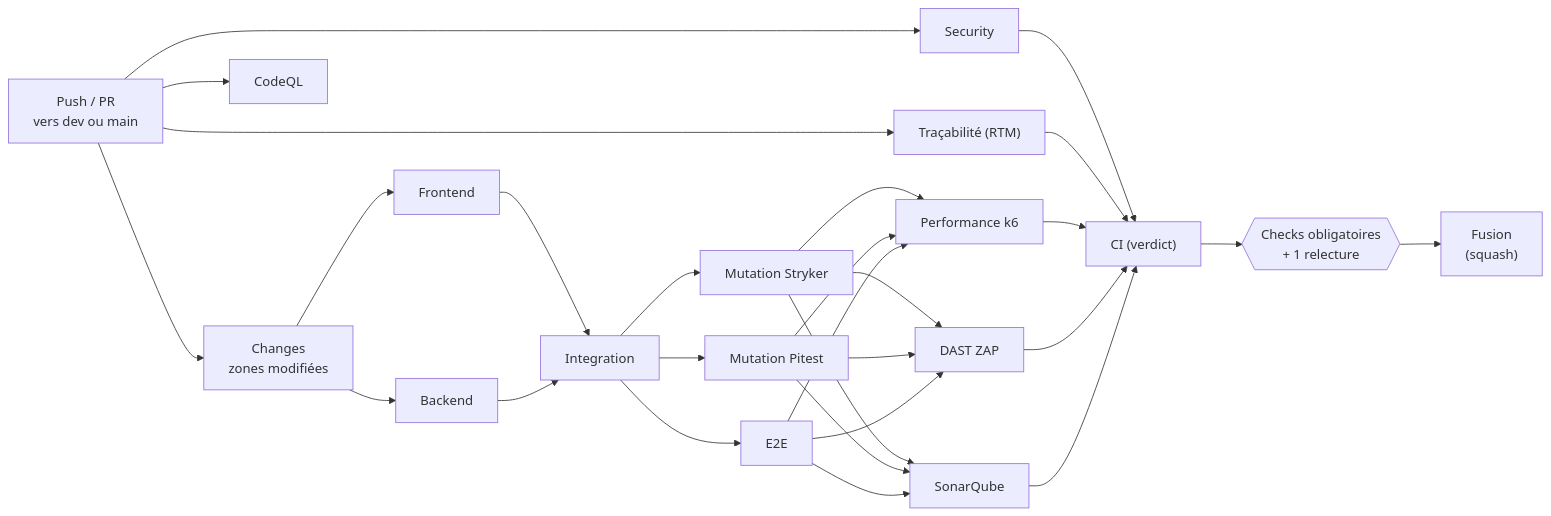
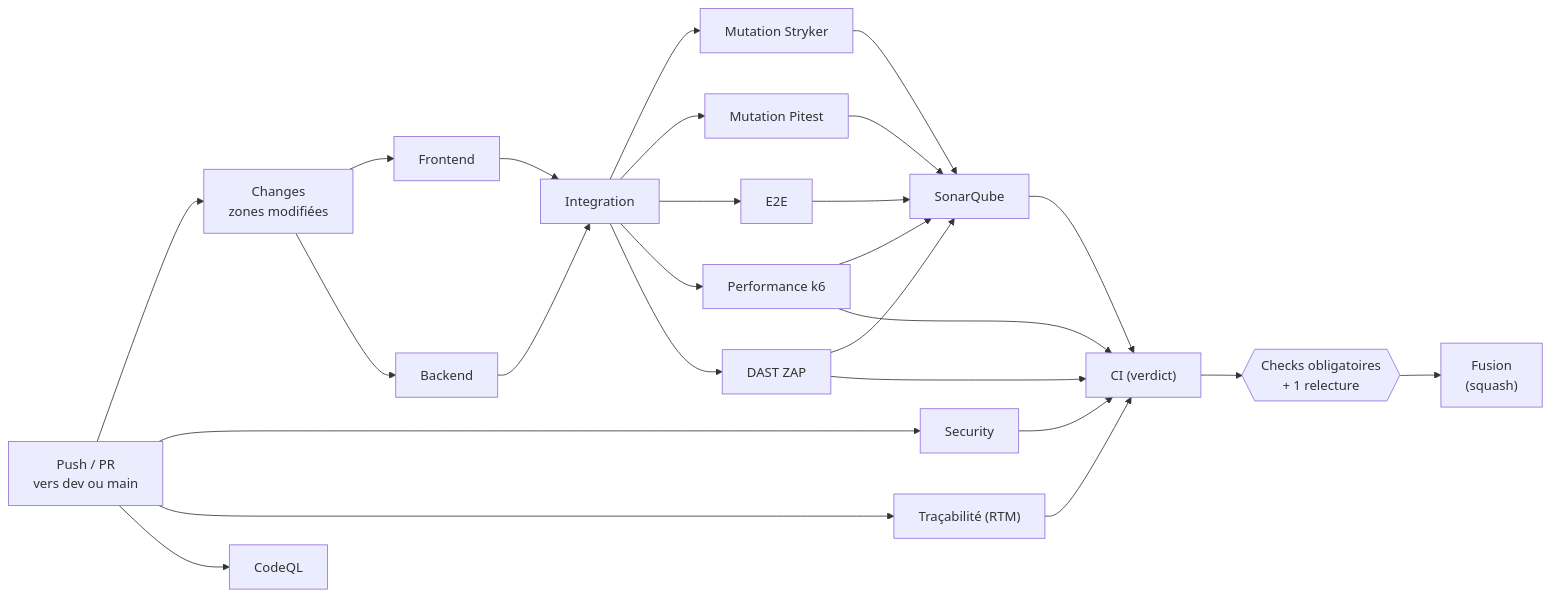
The diagram in docs/ci.md (Antoine-Ferron/tiki-gaming), drawn with Mermaid before and after one commit. The commit also changed other lines of this file and 431 other files, not shown here.

````diff
--- a/docs/ci.md
+++ b/docs/ci.md
@@ -11,19 +11,19 @@
 ```mermaid
 flowchart LR
     PUSH["Push / PR<br/>vers dev ou main"] --> CH["Changes<br/>zones modifiées"]
     PUSH --> SEC["Security"]
     PUSH --> RTM["Traçabilité (RTM)"]
     PUSH --> CQ["CodeQL"]
     CH --> FE["Frontend"]
     CH --> BE["Backend"]
     FE & BE --> IT["Integration"]
     IT --> MF["Mutation Stryker"]
     IT --> MB["Mutation Pitest"]
     IT --> E2E["E2E"]
-    MF & MB & E2E --> PERF["Performance k6"]
-    MF & MB & E2E --> DAST["DAST ZAP"]
-    MF & MB & E2E --> SQ["SonarQube"]
+    IT --> PERF["Performance k6"]
+    IT --> DAST["DAST ZAP"]
+    MF & MB & E2E & PERF & DAST --> SQ["SonarQube"]
     SEC & RTM & PERF & DAST & SQ --> V["CI (verdict)"]
     V --> GATE{{"Checks obligatoires<br/>+ 1 relecture"}}
     GATE --> MERGE["Fusion<br/>(squash)"]
 ```
````
